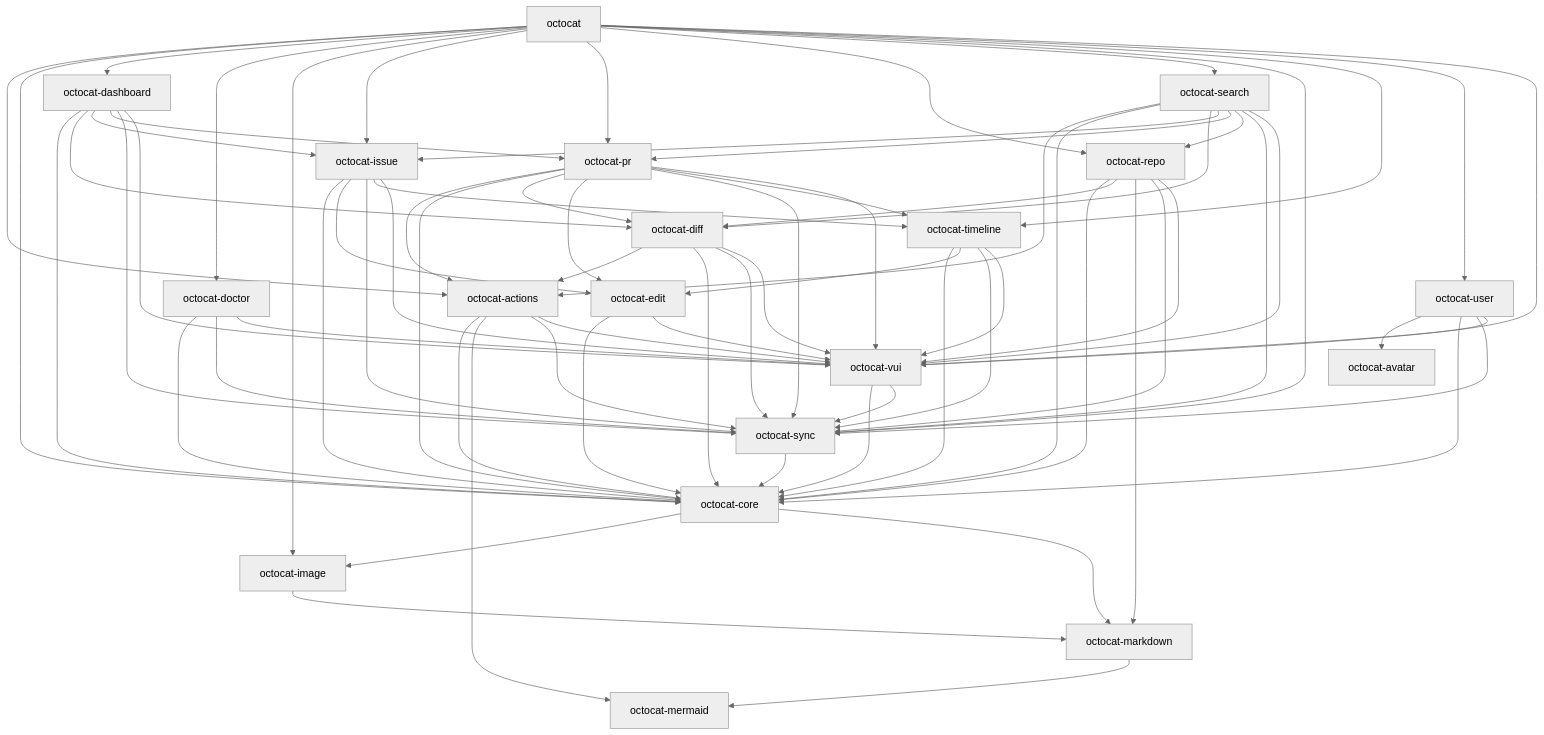
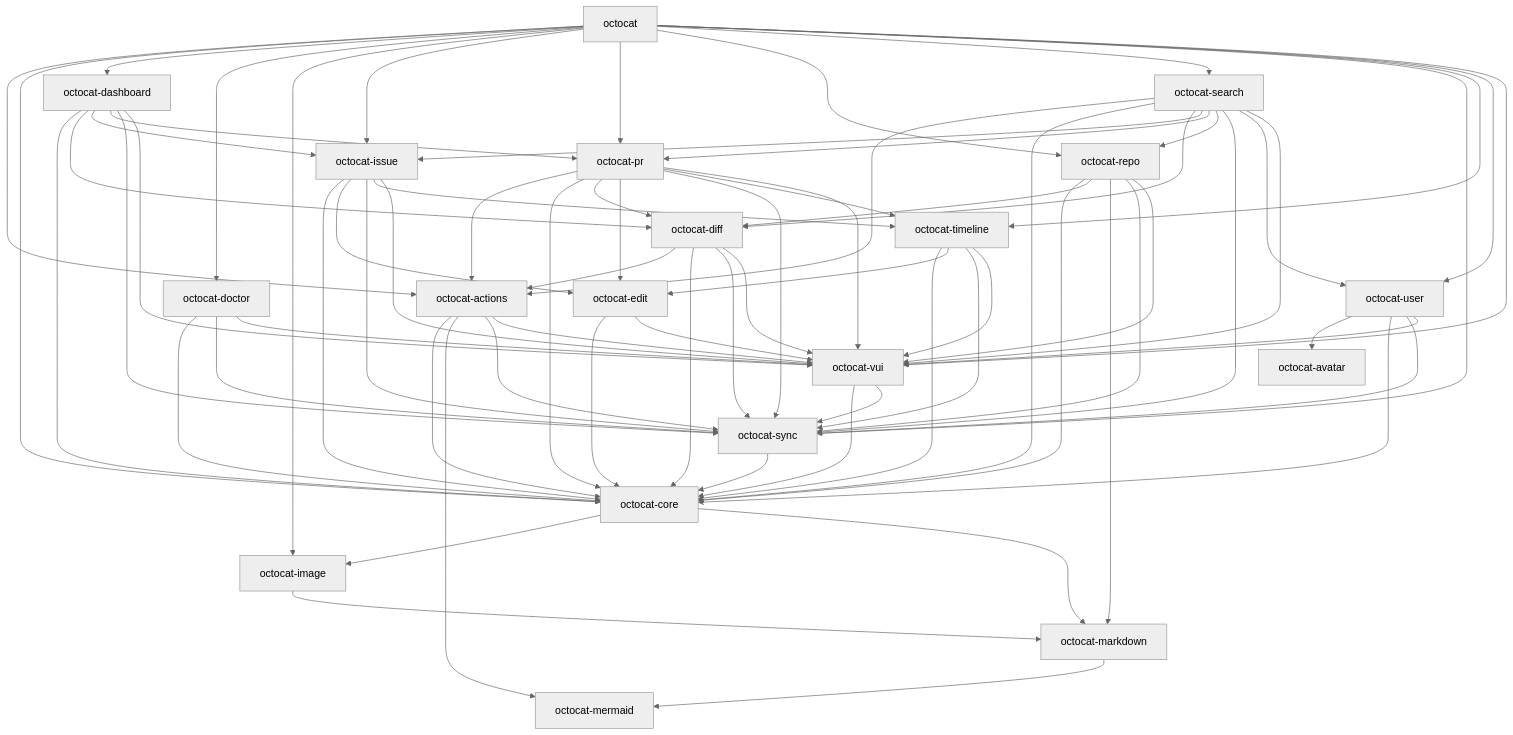
The first of 2 diagrams in docs/architecture.md (razzmatazz/octocat.el), drawn with Mermaid (neutral theme) before and after one commit. The commit also changed other lines of this file and 11 other files, not shown here.

```diff
--- a/docs/architecture.md
+++ b/docs/architecture.md
@@ -115,6 +120,7 @@
   octocat_search --> octocat_pr
   octocat_search --> octocat_repo
   octocat_search --> octocat_sync
+  octocat_search --> octocat_user
   octocat_search --> octocat_vui
   octocat_sync --> octocat_core
   octocat_timeline --> octocat_core
```
